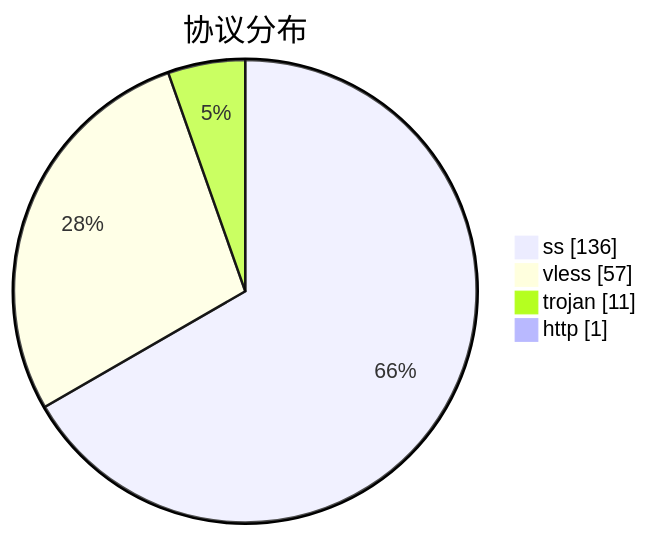
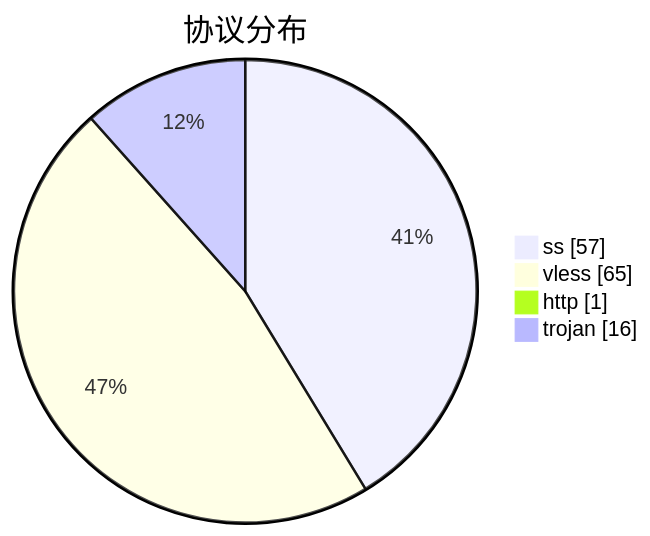
The third of 3 diagrams in subs/statistics/tested_within.md (qjlxg/airport), drawn with Mermaid before and after one commit. The commit also changed other lines of this file and 2 other files, not shown here.

````diff
--- a/subs/statistics/tested_within.md
+++ b/subs/statistics/tested_within.md
@@ -17,8 +19,8 @@
 ```mermaid
 pie showData
 title 协议分布
-"ss" : 136
-"vless" : 57
-"trojan" : 11
+"ss" : 57
+"vless" : 65
 "http" : 1
+"trojan" : 16
 ```
````
